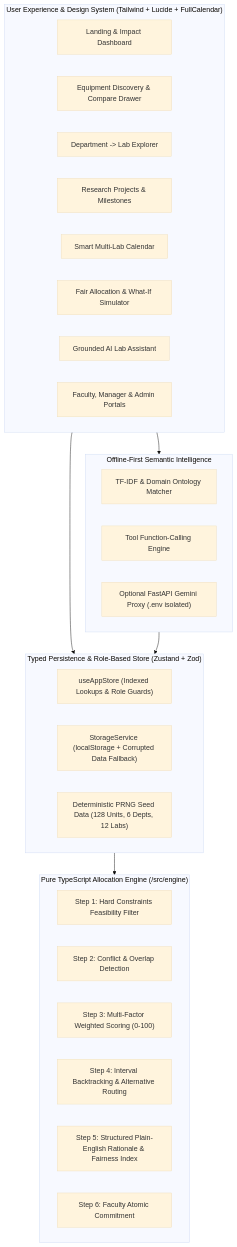
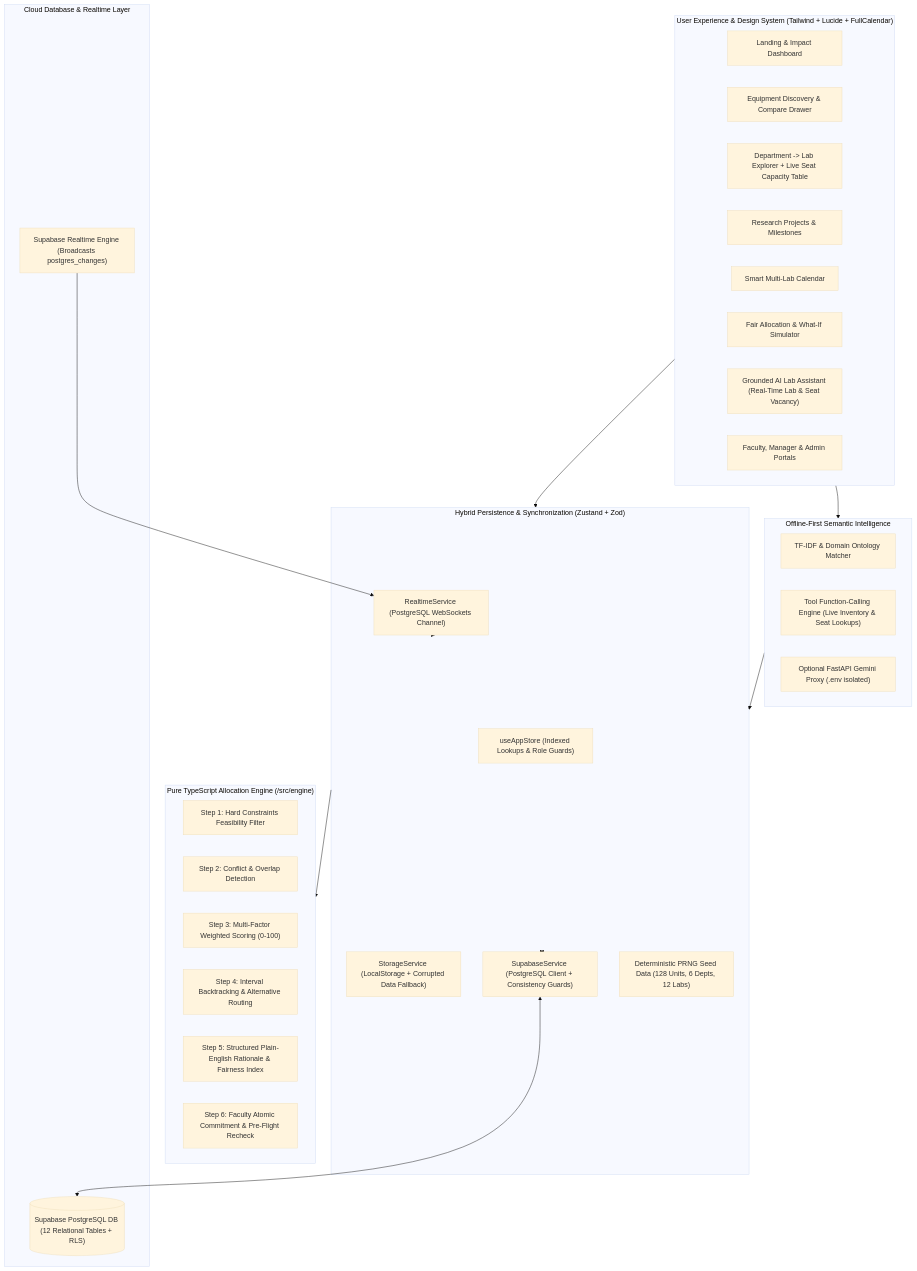
Before and after one commit to Tejas-Musaddi/PromptWars-lab-assistant: the diagram in README.md, drawn with Mermaid (base theme). The commit also changed other lines of this file and 3 other files, not shown here.

````diff
--- a/README.md
+++ b/README.md
@@ -123,39 +148,50 @@
 ```mermaid
 flowchart TD
     subgraph UI_Layer["User Experience & Design System (Tailwind + Lucide + FullCalendar)"]
         Dashboard["Landing & Impact Dashboard"]
         Discovery["Equipment Discovery & Compare Drawer"]
-        Labs["Department -> Lab Explorer"]
+        Labs["Department -> Lab Explorer + Live Seat Capacity Table"]
         Projects["Research Projects & Milestones"]
         Calendar["Smart Multi-Lab Calendar"]
         ConflictsUI["Fair Allocation & What-If Simulator"]
-        AssistantUI["Grounded AI Lab Assistant"]
+        AssistantUI["Grounded AI Lab Assistant (Real-Time Lab & Seat Vacancy)"]
         Portals["Faculty, Manager & Admin Portals"]
     end
 
-    subgraph Store_Layer["Typed Persistence & Role-Based Store (Zustand + Zod)"]
+    subgraph Store_Layer["Hybrid Persistence & Synchronization (Zustand + Zod)"]
         Store["useAppStore (Indexed Lookups & Role Guards)"]
-        Storage["StorageService (localStorage + Corrupted Data Fallback)"]
+        Storage["StorageService (LocalStorage + Corrupted Data Fallback)"]
+        SupabaseClient["SupabaseService (PostgreSQL Client + Consistency Guards)"]
+        RealtimeSub["RealtimeService (PostgreSQL WebSockets Channel)"]
         Seed["Deterministic PRNG Seed Data (128 Units, 6 Depts, 12 Labs)"]
+    end
+
+    subgraph Backend_Cloud["Cloud Database & Realtime Layer"]
+        SupabaseDB[("Supabase PostgreSQL DB (12 Relational Tables + RLS)")]
+        RealtimeBroadcaster["Supabase Realtime Engine (Broadcasts postgres_changes)"]
     end
 
     subgraph Engine_Layer["Pure TypeScript Allocation Engine (/src/engine)"]
         Feasibility["Step 1: Hard Constraints Feasibility Filter"]
         Detection["Step 2: Conflict & Overlap Detection"]
         Scoring["Step 3: Multi-Factor Weighted Scoring (0-100)"]
         Scheduler["Step 4: Interval Backtracking & Alternative Routing"]
         Explain["Step 5: Structured Plain-English Rationale & Fairness Index"]
-        Commit["Step 6: Faculty Atomic Commitment"]
+        Commit["Step 6: Faculty Atomic Commitment & Pre-Flight Recheck"]
     end
 
     subgraph AI_Layer["Offline-First Semantic Intelligence"]
         Extractor["TF-IDF & Domain Ontology Matcher"]
-        AssistantEngine["Tool Function-Calling Engine"]
+        AssistantEngine["Tool Function-Calling Engine (Live Inventory & Seat Lookups)"]
         Proxy["Optional FastAPI Gemini Proxy (.env isolated)"]
     end
 
     UI_Layer --> Store_Layer
     Store_Layer --> Engine_Layer
+    Store_Layer <--> SupabaseClient
+    SupabaseClient <--> SupabaseDB
+    RealtimeBroadcaster --> RealtimeSub
+    RealtimeSub --> Store_Layer
     UI_Layer --> AI_Layer
     AI_Layer --> Store_Layer
 ```
````
